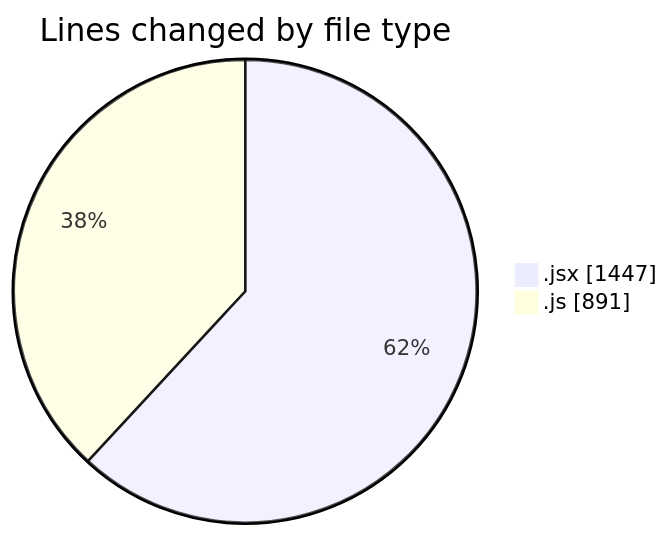
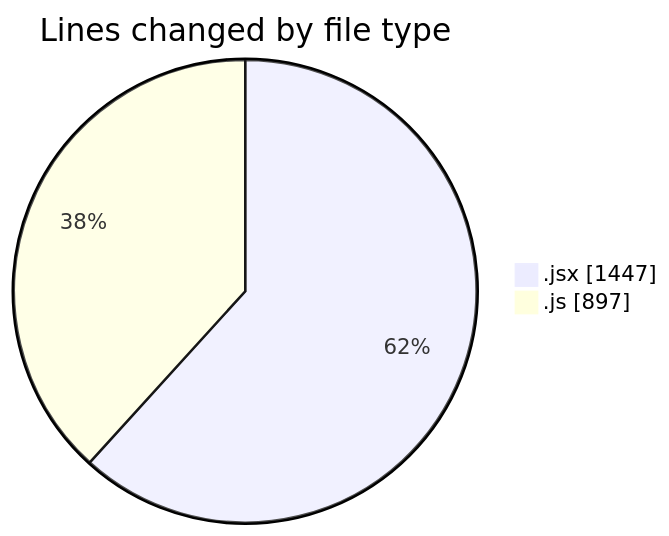
The first of 2 diagrams in 2025-09-15/nxtqube_webapp/README.md (nxtqubesakshisongat/code-tracking), drawn with Mermaid before and after one commit. The commit also changed other lines of this file and 1 other file, not shown here.

````diff
--- a/2025-09-15/nxtqube_webapp/README.md
+++ b/2025-09-15/nxtqube_webapp/README.md
@@ -22,6 +22,6 @@
 ```mermaid
 pie showData
 title Lines changed by file type
 ".jsx" : 1447
-".js" : 891
+".js" : 897
 ```
````
